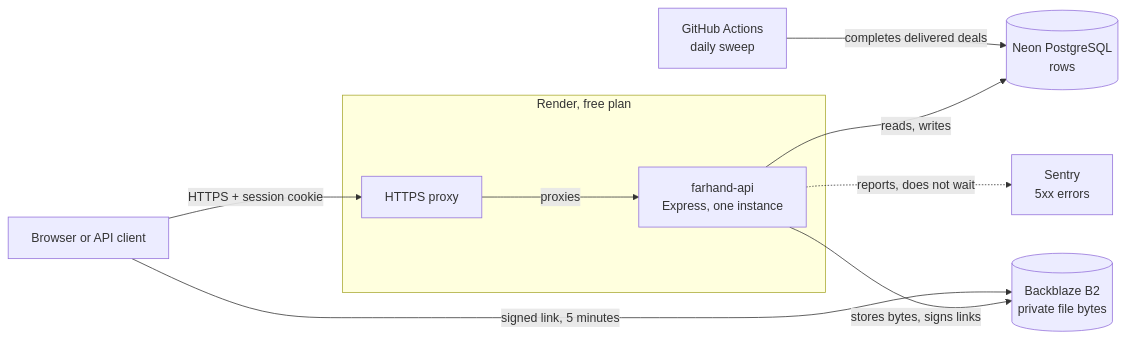
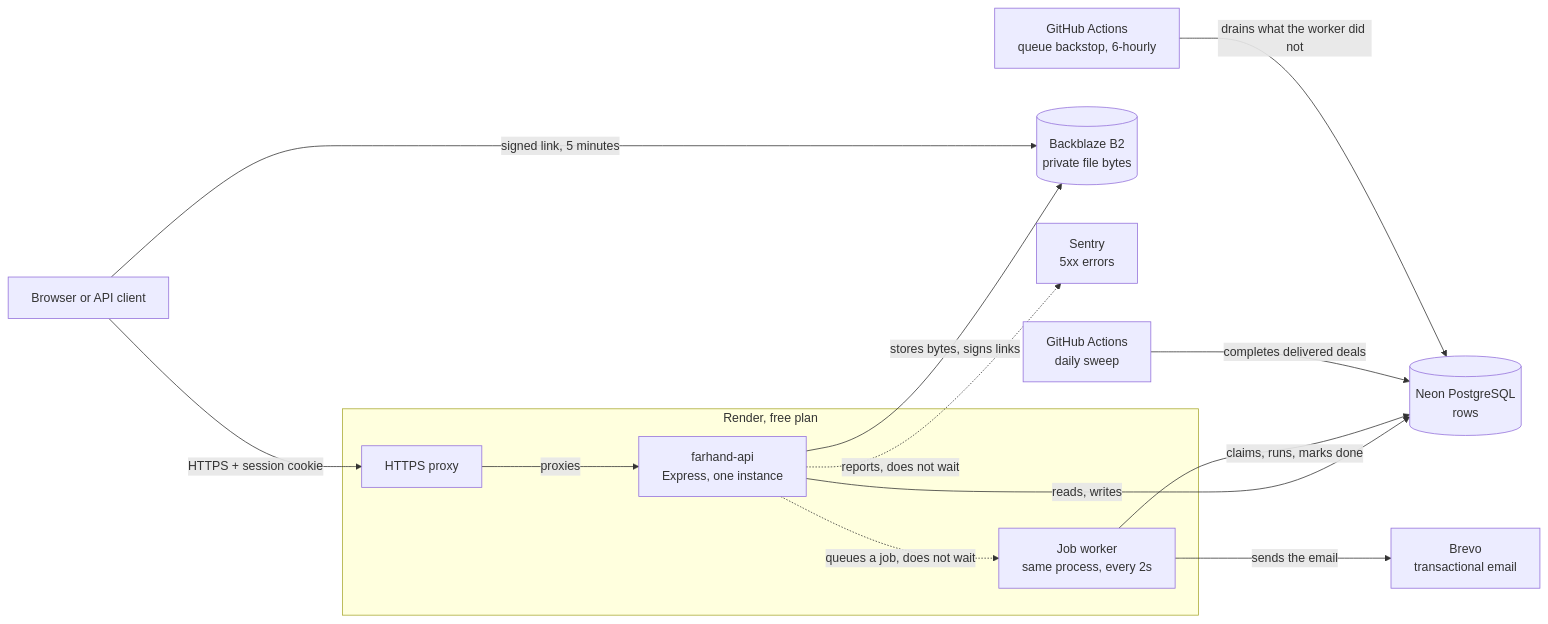
One commit to KseniaMihh/farhand changed the first of 4 diagrams in docs/15-architecture.md. Above: the diagram before and after it, drawn with Mermaid. The commit also changed other lines of this file and 24 other files, not shown here.

````diff
--- a/docs/15-architecture.md
+++ b/docs/15-architecture.md
@@ -15,22 +15,29 @@
 ```mermaid
 flowchart LR
     browser["Browser or API client"]
 
     subgraph render ["Render, free plan"]
         edge["HTTPS proxy"]
         api["farhand-api<br/>Express, one instance"]
+        worker["Job worker<br/>same process, every 2s"]
     end
 
     neon[("Neon PostgreSQL<br/>rows")]
     b2[("Backblaze B2<br/>private file bytes")]
     sentry["Sentry<br/>5xx errors"]
+    brevo["Brevo<br/>transactional email"]
     cron["GitHub Actions<br/>daily sweep"]
+    backstop["GitHub Actions<br/>queue backstop, 6-hourly"]
 
     browser -->|"HTTPS + session cookie"| edge
     edge -->|"proxies"| api
     api -->|"reads, writes"| neon
     api -->|"stores bytes, signs links"| b2
     api -.->|"reports, does not wait"| sentry
+    api -.->|"queues a job, does not wait"| worker
+    worker -->|"claims, runs, marks done"| neon
+    worker -->|"sends the email"| brevo
     browser -->|"signed link, 5 minutes"| b2
     cron -->|"completes delivered deals"| neon
+    backstop -->|"drains what the worker did not"| neon
 ```
````
